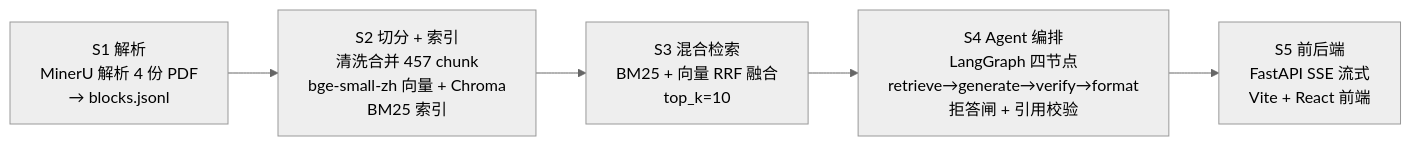
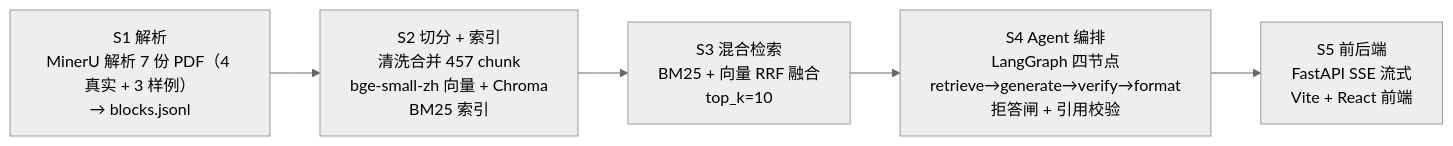
One commit to Liukrin/machine-AI changed the diagram in README.md. Above: the diagram before and after it, drawn with Mermaid (neutral theme). The commit also changed other lines of this file and 1 other file, not shown here.

````diff
--- a/README.md
+++ b/README.md
@@ -19,7 +19,7 @@
 ```mermaid
 flowchart LR
-    A["S1 解析<br/>MinerU 解析 4 份 PDF<br/>→ blocks.jsonl"] --> B["S2 切分 + 索引<br/>清洗合并 457 chunk<br/>bge-small-zh 向量 + Chroma<br/>BM25 索引"]
+    A["S1 解析<br/>MinerU 解析 7 份 PDF（4 真实 + 3 样例）<br/>→ blocks.jsonl"] --> B["S2 切分 + 索引<br/>清洗合并 457 chunk<br/>bge-small-zh 向量 + Chroma<br/>BM25 索引"]
     B --> C["S3 混合检索<br/>BM25 + 向量 RRF 融合<br/>top_k=10"]
     C --> D["S4 Agent 编排<br/>LangGraph 四节点<br/>retrieve→generate→verify→format<br/>拒答闸 + 引用校验"]
     D --> E["S5 前后端<br/>FastAPI SSE 流式<br/>Vite + React 前端"]
 ```
````
